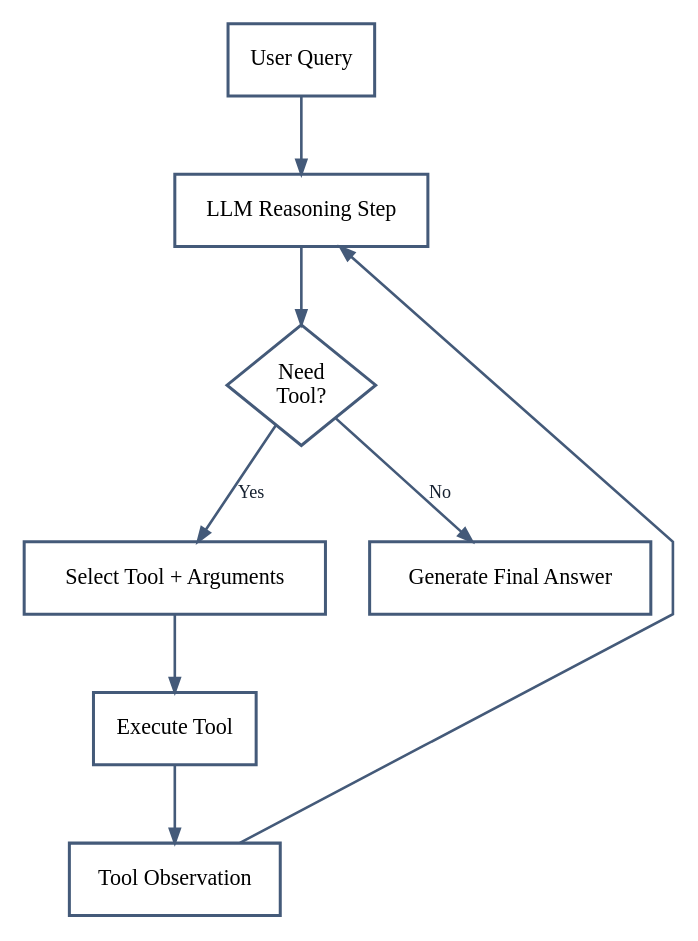
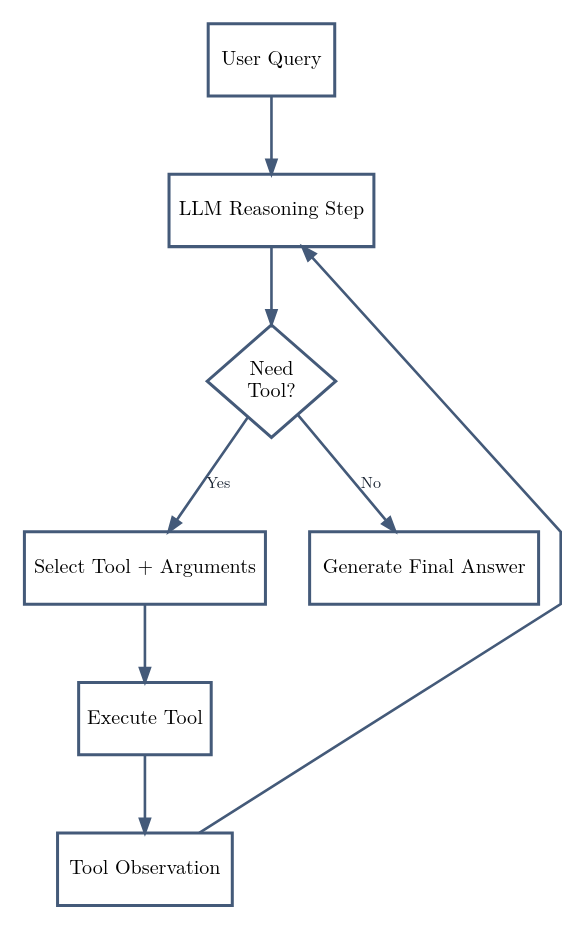
Before and after one commit to quiznat/tot-hf-survey-artifacts: the diagram in assets/diagram_tool_flow.dot, drawn with Graphviz. The commit also changed 17 other files, not shown here.

Commit message:
Phase 1: align diagram typography/layout and rebalance 2-col tables

```diff
--- a/assets/diagram_tool_flow.dot
+++ b/assets/diagram_tool_flow.dot
@@ -1,21 +1,21 @@
 digraph G {
-  graph [bgcolor="#ffffff", pad="0.06", nodesep="0.34", ranksep="0.50", splines="polyline", fontname="Times-Roman", fontcolor="#162130", margin="0.02", rankdir="TB", ranksep="0.52", nodesep="0.30"];
-  node [shape="box", style="filled", fillcolor="#ffffff", color="#445a79", penwidth="1.5", fontname="Times-Roman", fontsize="11", margin="0.06,0.05"];
-  edge [color="#445a79", penwidth="1.3", arrowsize="0.70", fontname="Times-Roman", fontsize="9", fontcolor="#162130"];
+  graph [bgcolor="#ffffff", pad="0.06", nodesep="0.34", ranksep="0.50", splines="polyline", fontname="Latin Modern Roman", fontcolor="#162130", margin="0.02", rankdir="TB", ranksep="0.52", nodesep="0.30"];
+  node [shape="box", style="filled", fillcolor="#ffffff", color="#445a79", penwidth="1.5", fontname="Latin Modern Roman", fontsize="10", margin="0.06,0.05"];
+  edge [color="#445a79", penwidth="1.3", arrowsize="0.70", fontname="Latin Modern Roman", fontsize="8", fontcolor="#162130"];
 
   query [label="User Query"];
   reason [label="LLM Reasoning Step"];
-  need [shape="diamond", style="filled", fillcolor="#ffffff", color="#445a79", penwidth="1.5", fontname="Times-Roman", fontsize="11", margin="0.04,0.04", label="Need\nTool?"];
+  need [shape="diamond", style="filled", fillcolor="#ffffff", color="#445a79", penwidth="1.5", fontname="Latin Modern Roman", fontsize="10", margin="0.04,0.04", label="Need\nTool?"];
   select [label="Select Tool + Arguments"];
   execute [label="Execute Tool"];
   observe [label="Tool Observation"];
   answer [label="Generate Final Answer"];
 
   query -> reason -> need;
   need -> select [label="Yes"];
   need -> answer [label="No"];
   select -> execute -> observe;
   observe -> reason [constraint=false];
 
   { rank=same; select; answer }
 }
```
